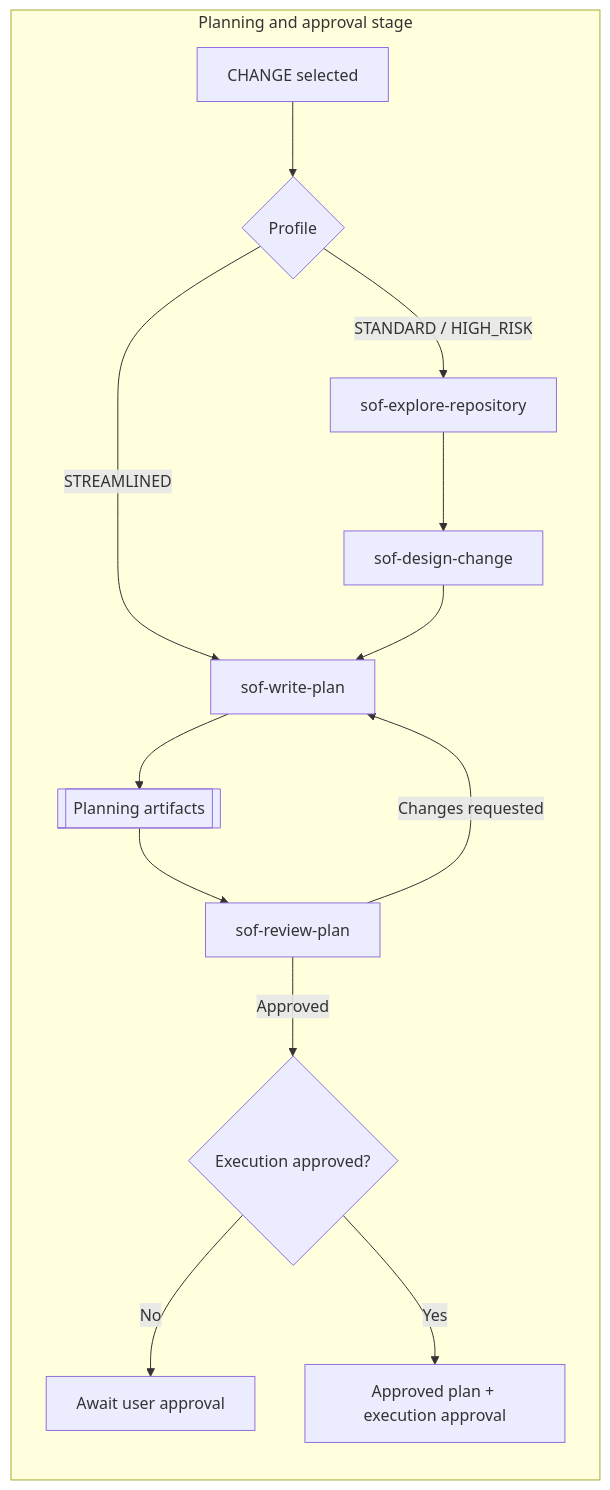
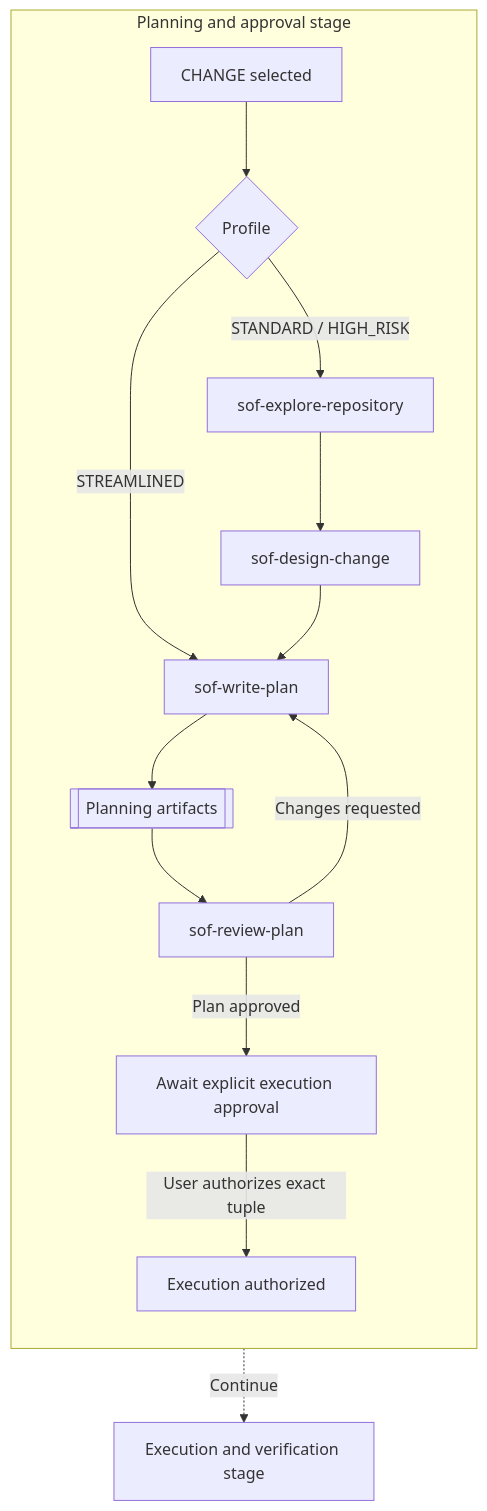
The second of 3 diagrams in README.md (zhenyumi/simple-opencode-flow), drawn with Mermaid before and after one commit. The commit also changed other lines of this file and 4 other files, not shown here.

````diff
--- a/README.md
+++ b/README.md
@@ -114,17 +115,17 @@
 ```mermaid
 flowchart TD
     subgraph PLANNING["Planning and approval stage"]
         direction TB
         C["CHANGE selected"] --> P{"Profile"}
         P -- "STREAMLINED" --> W["sof-write-plan"]
         P -- "STANDARD / HIGH_RISK" --> E["sof-explore-repository"]
         E --> D["sof-design-change"]
         D --> W
         W --> A[["Planning artifacts"]]
         A --> R["sof-review-plan"]
         R -- "Changes requested" --> W
-        R -- "Approved" --> U{"Execution approved?"}
-        U -- "No" --> WAIT["Await user approval"]
-        U -- "Yes" --> X["Approved plan + execution approval"]
+        R -- "Plan approved" --> WAIT["Await explicit execution approval"]
+        WAIT -- "User authorizes exact tuple" --> X["Execution authorized"]
     end
+    X -. "Continue" .-> ES["Execution and verification stage"]
 ```
````
